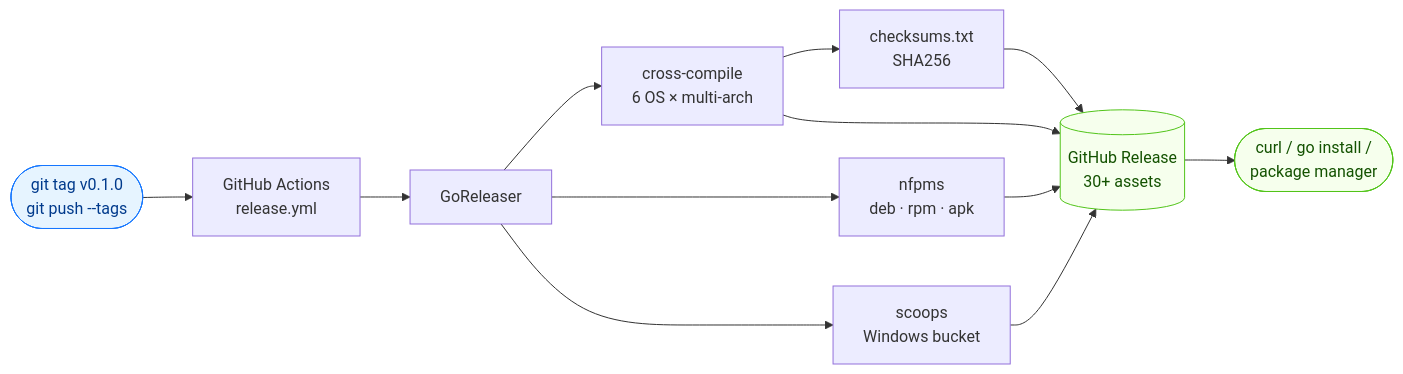
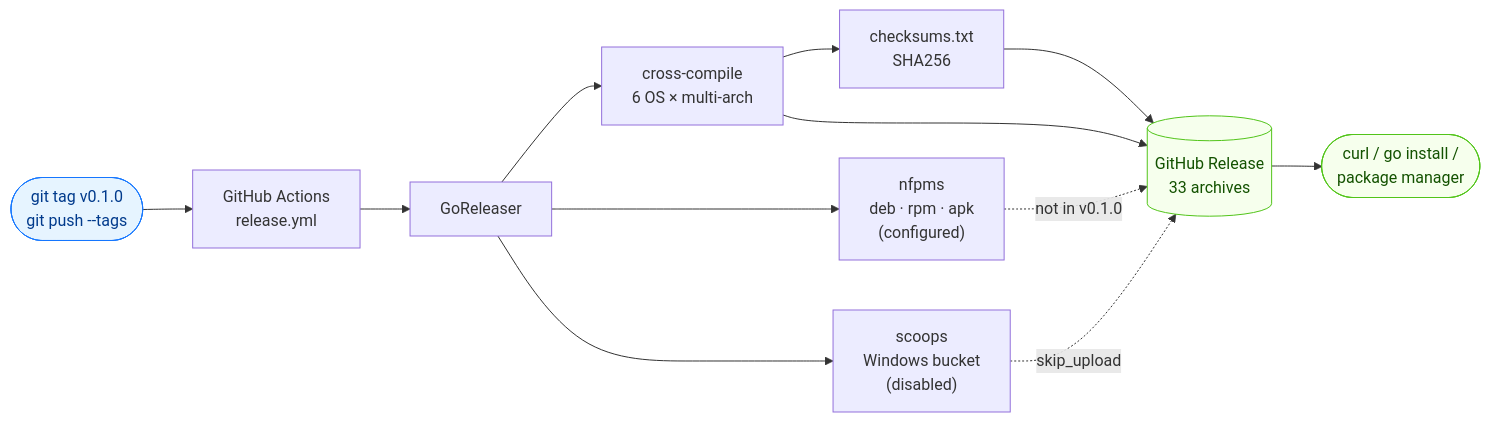
The diagram in website/downloads.md (scagogogo/cvss-skills), drawn with Mermaid before and after one commit. The commit also changed other lines of this file and 1 other file, not shown here.

Commit message:
docs: align release-pipeline diagram and mips64le row with actual v0.1.0 assets
Checked the real v0.1.0 GitHub Release assets and found two mismatches
with the docs:

1. The "How Releases Are Built" mermaid diagram showed nfpms (deb/rpm/
   apk) and scoops flowing into the release. But .goreleaser.yml marks
   scoops skip_upload: auto (disabled, no scoop manifest published)
   and v0.1.0 shipped no .deb/.rpm/.apk either — only 33 tar.gz/zip
   archives + checksums.txt. Reworked the diagram to show archives as
   the solid path into the release and nfpms/scoops as dashed
   "not in v0.1.0" / "skip_upload" paths, and corrected "30+ assets"
   to "33 archives".

2. linux_mips64le is configured in .goreleaser.yml and builds locally,
   but the v0.1.0 release has no mips64le archive. Added a footnote
   with a from-source build fallback so users don't hit a silent 404.

Applied to both website/downloads.md and website/zh/downloads.md.

````diff
--- a/website/downloads.md
+++ b/website/downloads.md
@@ -14,19 +14,19 @@
 ```mermaid
 flowchart LR
     Tag(["git tag v0.1.0<br/>git push --tags"]) --> GA["GitHub Actions<br/>release.yml"]
     GA --> GR["GoReleaser"]
     GR --> X1["cross-compile<br/>6 OS × multi-arch"]
-    GR --> X2["nfpms<br/>deb · rpm · apk"]
-    GR --> X3["scoops<br/>Windows bucket"]
+    GR --> X2["nfpms<br/>deb · rpm · apk<br/>(configured)"]
+    GR --> X3["scoops<br/>Windows bucket<br/>(disabled)"]
     X1 --> Sum["checksums.txt<br/>SHA256"]
-    X1 --> Rel[("GitHub Release<br/>30+ assets")]
-    X2 --> Rel
-    X3 --> Rel
+    X1 --> Rel[("GitHub Release<br/>33 archives")]
+    X2 -.->|"not in v0.1.0"| Rel
+    X3 -.->|"skip_upload"| Rel
     Sum --> Rel
     Rel --> DL(["curl / go install /<br/>package manager"])
 
     classDef trigger fill:#e6f4ff,stroke:#1677ff,color:#003a8c;
     classDef out fill:#f6ffed,stroke:#52c41a,color:#135200;
     class Tag trigger;
     class Rel,DL out;
 ```
````
